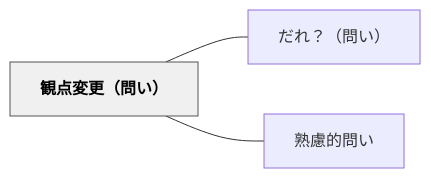
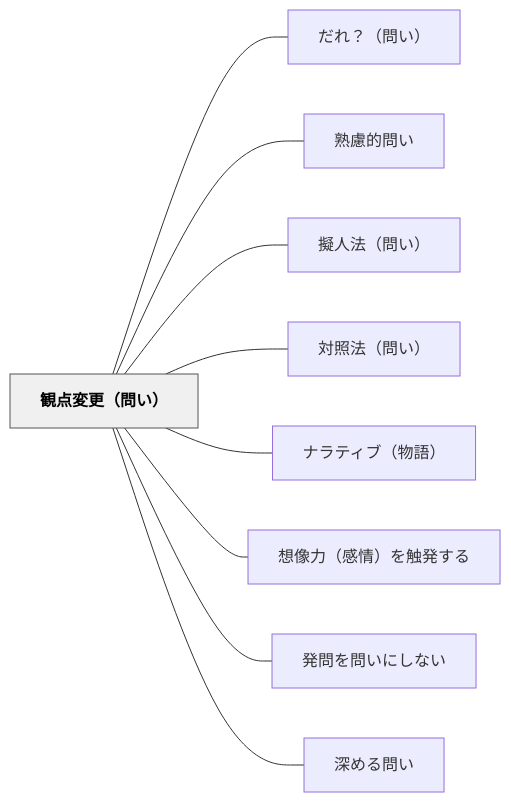
The diagram in content/パタン/観点変更（問い）.md (unknownthings-ed-patterns/unknownthings-ed-patterns), drawn with Mermaid before and after one commit. The commit also changed other lines of this file and 44 other files, not shown here.

````diff
--- a/content/パタン/観点変更（問い）.md
+++ b/content/パタン/観点変更（問い）.md
@@ -45,12 +50,24 @@
 ```mermaid
 flowchart LR
     ne8a6b3e782b9e5a489e69bb4efbc88e5958fe38184efbc89["観点変更（問い）"]
     ne381a0e3828cefbc9fefbc88e5958fe38184efbc89["だれ？（問い）"]
     ne7869fe685aee79a84e5958fe38184["熟慮的問い"]
+    ne693ace4babae6b395efbc88e5958fe38184efbc89["擬人法（問い）"]
+    ne5afbee785a7e6b395efbc88e5958fe38184efbc89["対照法（問い）"]
+    ne3838ae383a9e38386e382a3e38396efbc88e789a9e8aa9eefbc89["ナラティブ（物語）"]
+    ne683b3e5838fe58a9befbc88e6849fe68385efbc89e38292e8a7a6e799bae38199e3828b["想像力（感情）を触発する"]
+    ne799bae5958fe38292e5958fe38184e381abe38197e381aae38184["発問を問いにしない"]
+    ne6b7b1e38281e3828be5958fe38184["深める問い"]
 
     ne8a6b3e782b9e5a489e69bb4efbc88e5958fe38184efbc89 --- ne381a0e3828cefbc9fefbc88e5958fe38184efbc89
     ne8a6b3e782b9e5a489e69bb4efbc88e5958fe38184efbc89 --- ne7869fe685aee79a84e5958fe38184
+    ne8a6b3e782b9e5a489e69bb4efbc88e5958fe38184efbc89 --- ne693ace4babae6b395efbc88e5958fe38184efbc89
+    ne8a6b3e782b9e5a489e69bb4efbc88e5958fe38184efbc89 --- ne5afbee785a7e6b395efbc88e5958fe38184efbc89
+    ne8a6b3e782b9e5a489e69bb4efbc88e5958fe38184efbc89 --- ne3838ae383a9e38386e382a3e38396efbc88e789a9e8aa9eefbc89
+    ne8a6b3e782b9e5a489e69bb4efbc88e5958fe38184efbc89 --- ne683b3e5838fe58a9befbc88e6849fe68385efbc89e38292e8a7a6e799bae38199e3828b
+    ne8a6b3e782b9e5a489e69bb4efbc88e5958fe38184efbc89 --- ne799bae5958fe38292e5958fe38184e381abe38197e381aae38184
+    ne8a6b3e782b9e5a489e69bb4efbc88e5958fe38184efbc89 --- ne6b7b1e38281e3828be5958fe38184
 
     classDef hub fill:#f0f0f0,stroke:#555,color:#000,font-weight:bold
     class ne8a6b3e782b9e5a489e69bb4efbc88e5958fe38184efbc89 hub
 ```
````
